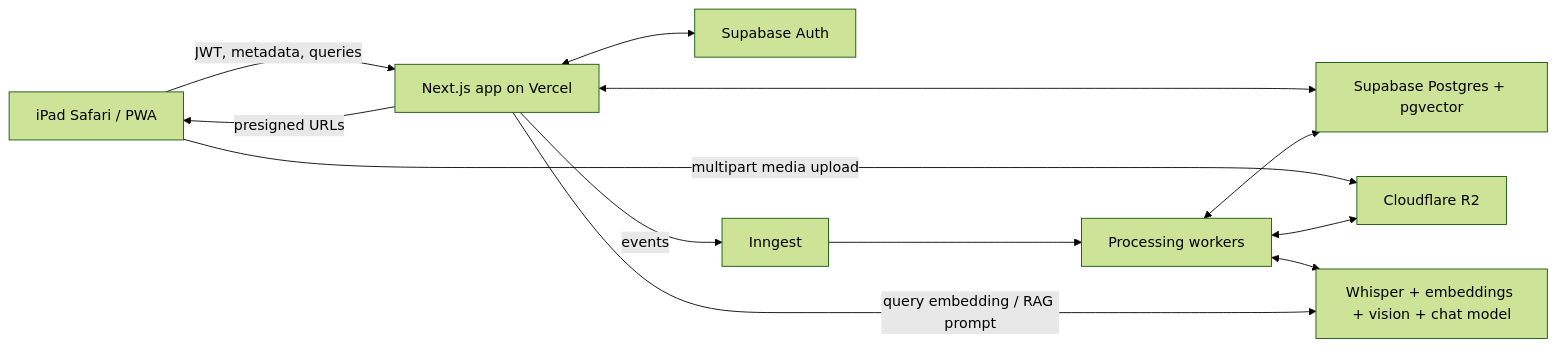
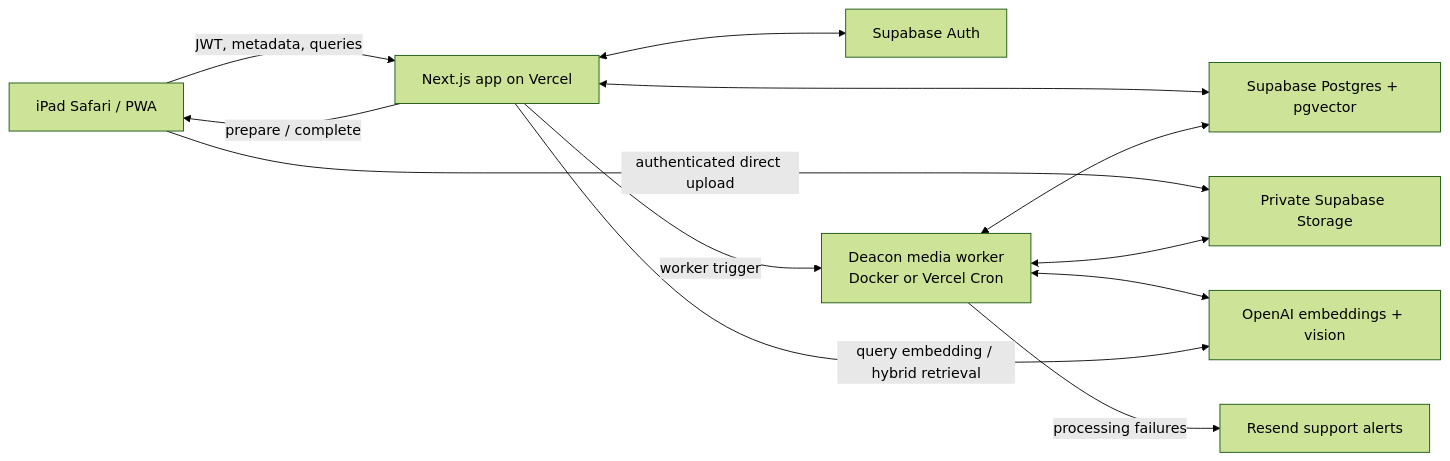
The first of 4 diagrams in architecture.md (hug-mun/deacon), drawn with Mermaid (forest theme) before and after one commit. The commit also changed other lines of this file and 2 other files, not shown here.

Commit message:
Document current processing and recovery architecture

````diff
--- a/architecture.md
+++ b/architecture.md
@@ -28,23 +28,23 @@
 ```mermaid
 flowchart LR
     U["iPad Safari / PWA"]
     V["Next.js app on Vercel"]
     A["Supabase Auth"]
     D["Supabase Postgres + pgvector"]
-    R["Cloudflare R2"]
-    Q["Inngest"]
-    P["Processing workers"]
-    AI["Whisper + embeddings + vision + chat model"]
+    S["Private Supabase Storage"]
+    W["Deacon media worker\nDocker or Vercel Cron"]
+    AI["OpenAI embeddings + vision"]
+    E["Resend support alerts"]
 
     U -->|JWT, metadata, queries| V
-    U -->|multipart media upload| R
+    U -->|authenticated direct upload| S
     V <--> A
     V <--> D
-    V -->|presigned URLs| U
-    V -->|events| Q
-    Q --> P
-    P <--> R
-    P <--> D
-    P <--> AI
-    V -->|query embedding / RAG prompt| AI
+    V -->|prepare / complete| U
+    V -->|worker trigger| W
+    W <--> S
+    W <--> D
+    W <--> AI
+    W -->|processing failures| E
+    V -->|query embedding / hybrid retrieval| AI
 ```
````
